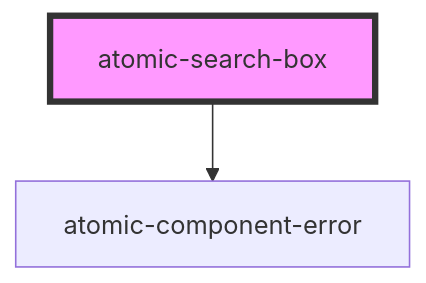
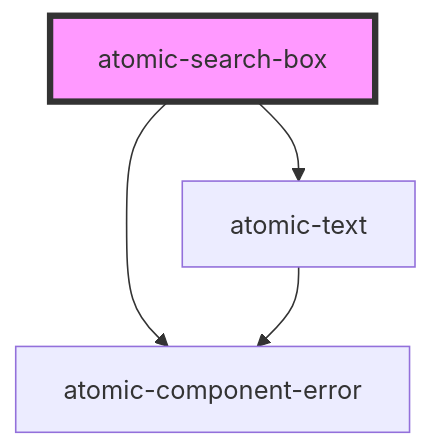
The diagram in packages/atomic/src/components/atomic-search-box/readme.md (coveo/ui-kit), drawn with Mermaid before and after one commit. The commit also changed other lines of this file and 26 other files, not shown here.

````diff
--- a/packages/atomic/src/components/atomic-search-box/readme.md
+++ b/packages/atomic/src/components/atomic-search-box/readme.md
@@ -53,5 +54,7 @@
 ```mermaid
 graph TD;
+  atomic-search-box --> atomic-text
   atomic-search-box --> atomic-component-error
+  atomic-text --> atomic-component-error
   style atomic-search-box fill:#f9f,stroke:#333,stroke-width:4px
 ```
````
